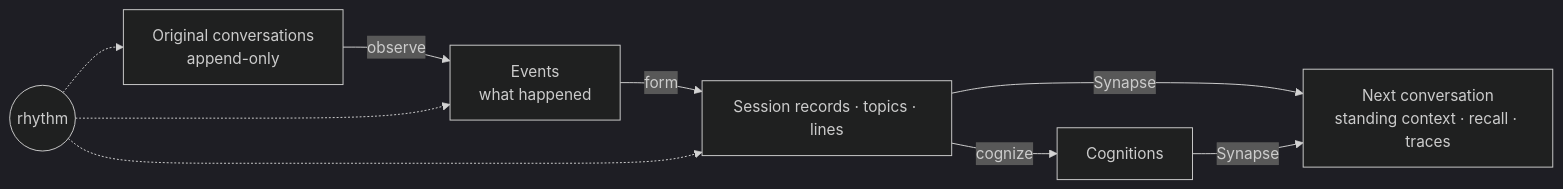
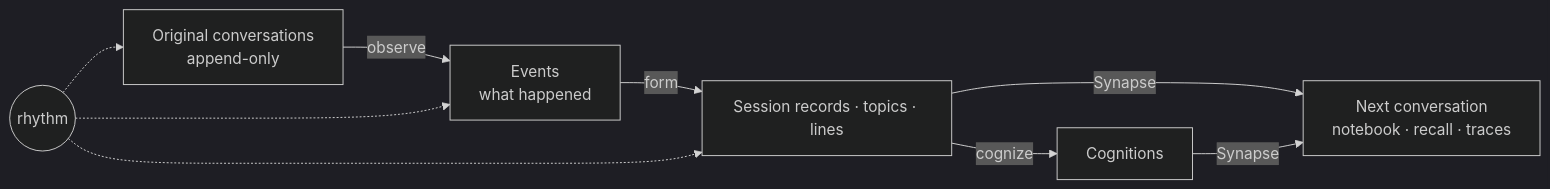
Before and after one commit to cezdo/memory-harness: the diagram in README.en.md, drawn with Mermaid (dark theme). The commit also changed other lines of this file and 37 other files, not shown here.

````diff
--- a/README.en.md
+++ b/README.en.md
@@ -11,8 +11,8 @@
 ```mermaid
 flowchart LR
   A[Original conversations<br/>append-only] -->|observe| B[Events<br/>what happened]
   B -->|form| C[Session records · topics · lines]
   C -->|cognize| D[Cognitions]
-  C & D -->|Synapse| H[Next conversation<br/>standing context · recall · traces]
+  C & D -->|Synapse| H[Next conversation<br/>notebook · recall · traces]
   R((rhythm)) -.-> A & B & C
 ```
````
